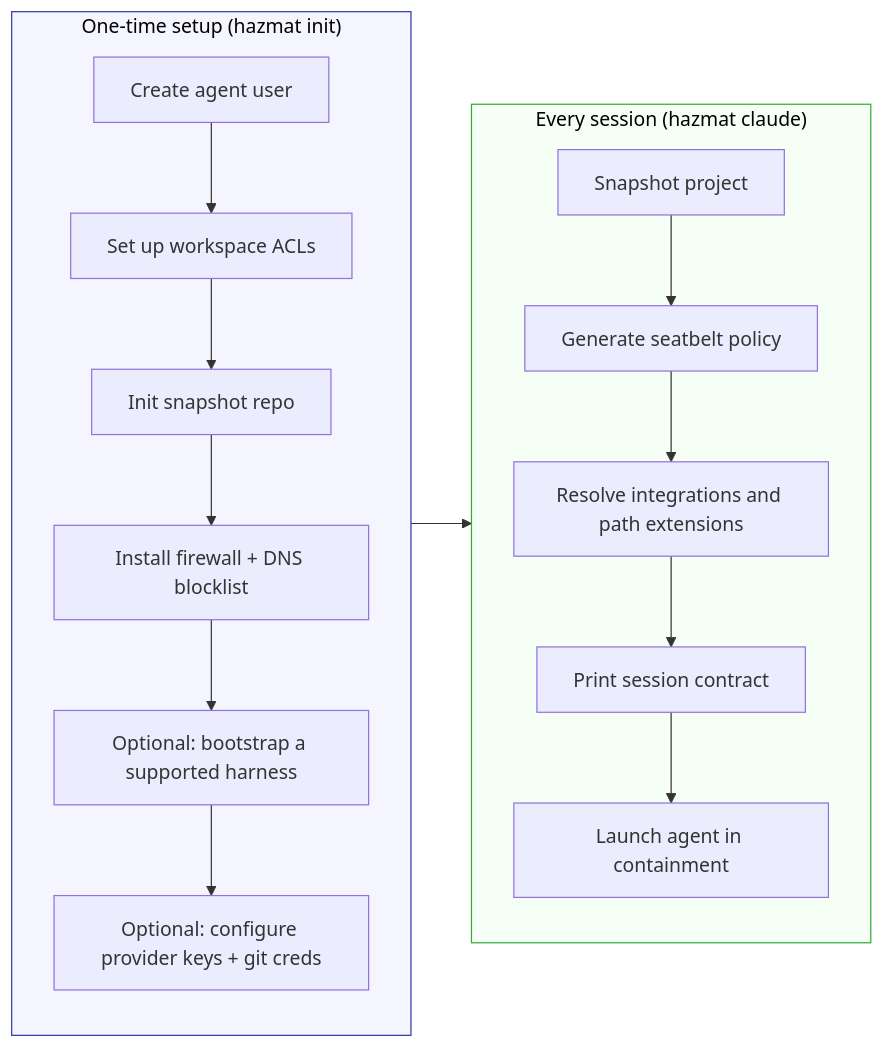
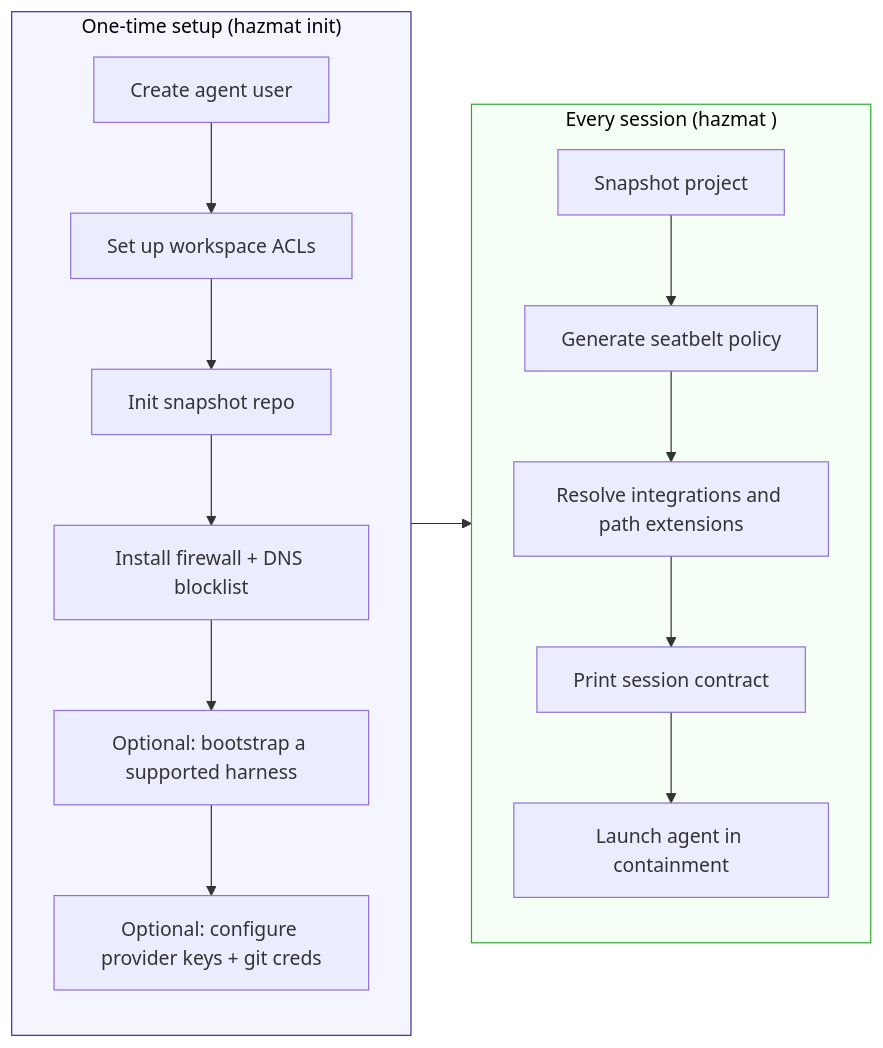
Before and after one commit to dredozubov/hazmat: the diagram in docs/usage.md, drawn with Mermaid. The commit also changed other lines of this file and 5 other files, not shown here.

````diff
--- a/docs/usage.md
+++ b/docs/usage.md
@@ -34,22 +50,22 @@
 ```mermaid
 flowchart LR
     subgraph once ["One-time setup (hazmat init)"]
         direction TB
         I1[Create agent user] --> I2[Set up workspace ACLs]
         I2 --> I3[Init snapshot repo]
         I3 --> I4[Install firewall + DNS blocklist]
         I4 --> I5["Optional: bootstrap a supported harness"]
         I5 --> I6["Optional: configure provider keys + git creds"]
     end
-    subgraph daily ["Every session (hazmat claude)"]
+    subgraph daily ["Every session (hazmat <harness>)"]
         direction TB
         D1[Snapshot project] --> D2[Generate seatbelt policy]
         D2 --> D3[Resolve integrations and path extensions]
         D3 --> D4[Print session contract]
         D4 --> D5[Launch agent in containment]
     end
     once --> daily
 
     style once fill:#f5f5ff,stroke:#33a,color:#000
     style daily fill:#f5fff5,stroke:#3a3,color:#000
 ```
````
